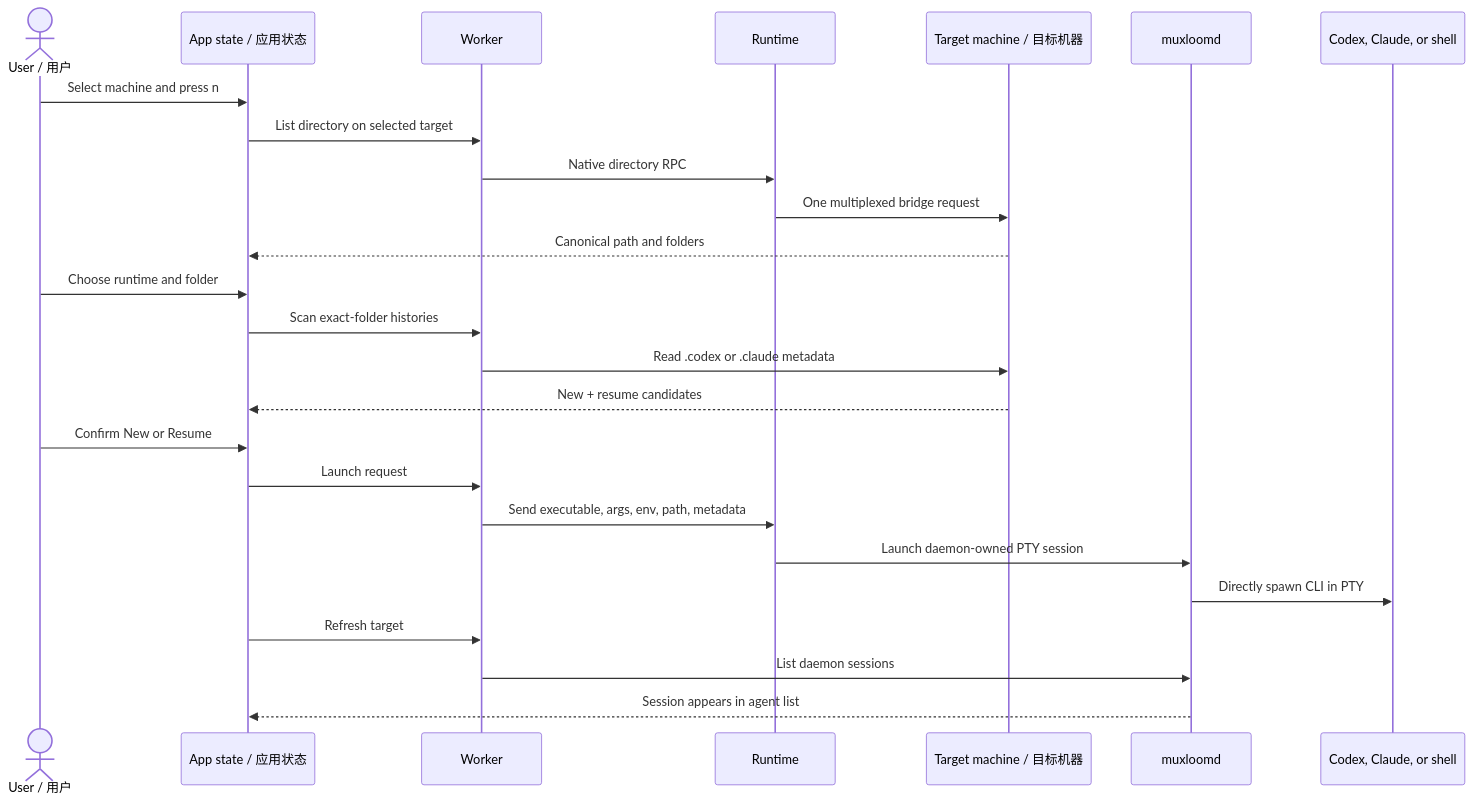
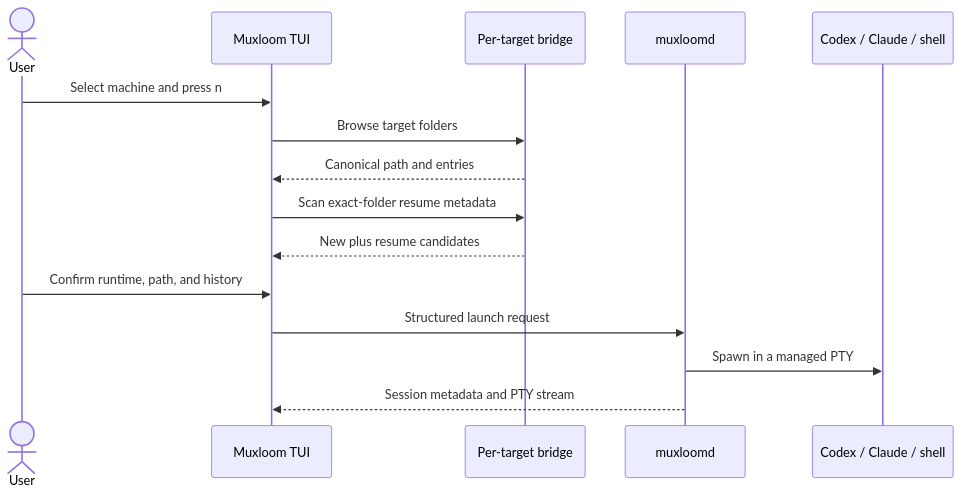
The first of 2 diagrams in README.md (MarsTechHAN/Muxloom), drawn with Mermaid before and after one commit. The commit also changed other lines of this file and 1 other file, not shown here.

````diff
--- a/README.md
+++ b/README.md
@@ -316,28 +169,18 @@
 ```mermaid
 sequenceDiagram
-    actor U as User / 用户
-    participant A as App state / 应用状态
-    participant W as Worker
-    participant R as Runtime
-    participant T as Target machine / 目标机器
-    participant D as muxloomd
-    participant C as Codex, Claude, or shell
+    actor User
+    participant UI as Muxloom TUI
+    participant Bridge as Per-target bridge
+    participant Daemon as muxloomd
+    participant CLI as Codex / Claude / shell
 
-    U->>A: Select machine and press n
-    A->>W: List directory on selected target
-    W->>R: Native directory RPC
-    R->>T: One multiplexed bridge request
-    T-->>A: Canonical path and folders
-    U->>A: Choose runtime and folder
-    A->>W: Scan exact-folder histories
-    W->>T: Read .codex or .claude metadata
-    T-->>A: New + resume candidates
-    U->>A: Confirm New or Resume
-    A->>W: Launch request
-    W->>R: Send executable, args, env, path, metadata
-    R->>D: Launch daemon-owned PTY session
-    D->>C: Directly spawn CLI in PTY
-    A->>W: Refresh target
-    W->>D: List daemon sessions
-    D-->>A: Session appears in agent list
+    User->>UI: Select machine and press n
+    UI->>Bridge: Browse target folders
+    Bridge-->>UI: Canonical path and entries
+    UI->>Bridge: Scan exact-folder resume metadata
+    Bridge-->>UI: New plus resume candidates
+    User->>UI: Confirm runtime, path, and history
+    UI->>Daemon: Structured launch request
+    Daemon->>CLI: Spawn in a managed PTY
+    Daemon-->>UI: Session metadata and PTY stream
 ```
````
